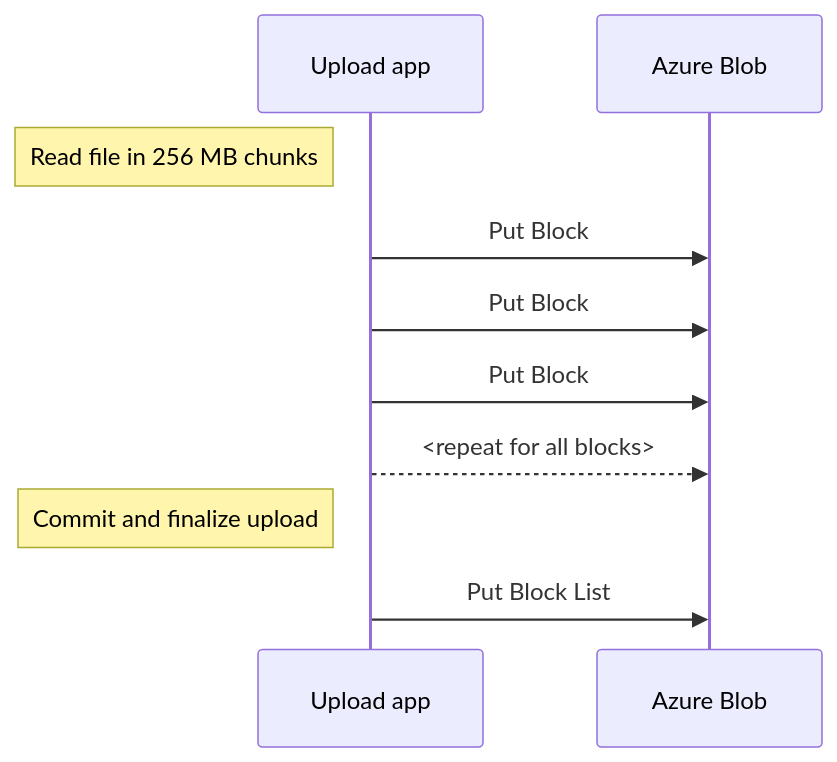
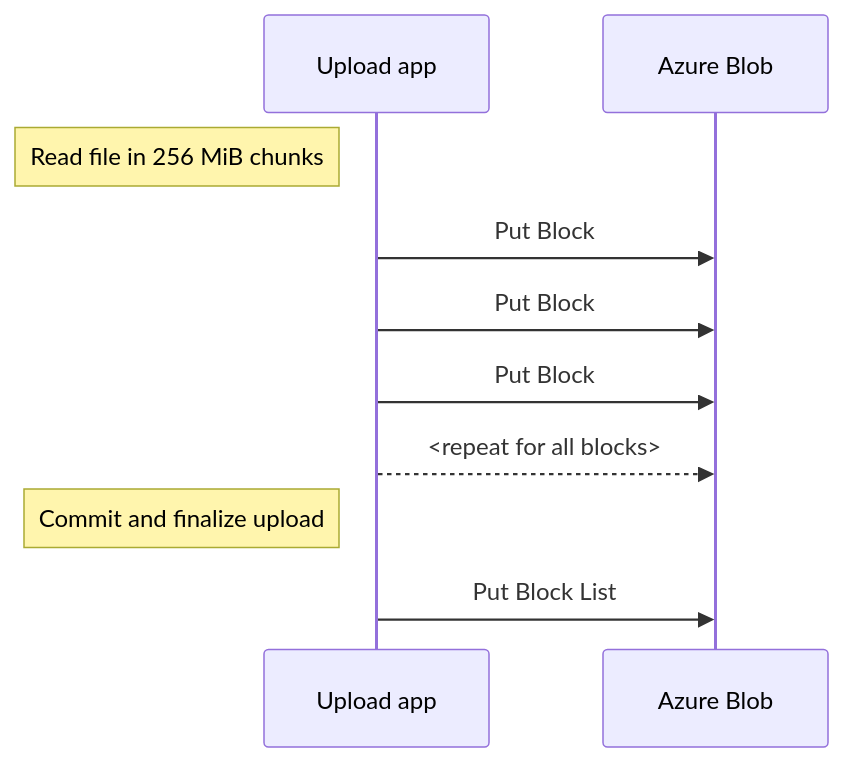
The diagram in block-blobs/README.md (JanneMattila/azure-storage-demos), drawn with Mermaid before and after one commit. The commit also changed other lines of this file and 1 other file, not shown here.

````diff
--- a/block-blobs/README.md
+++ b/block-blobs/README.md
@@ -26,12 +32,12 @@
 ```mermaid
 sequenceDiagram
     participant Upload app
     participant Azure Blob
-    Note left of Upload app: Read file in 256 MB chunks
+    Note left of Upload app: Read file in 256 MiB chunks
     Upload app->>Azure Blob: Put Block
     Upload app->>Azure Blob: Put Block
     Upload app->>Azure Blob: Put Block
     Upload app-->>Azure Blob: <repeat for all blocks>
     Note left of Upload app: Commit and finalize upload
     Upload app->>Azure Blob: Put Block List
 ```
````
